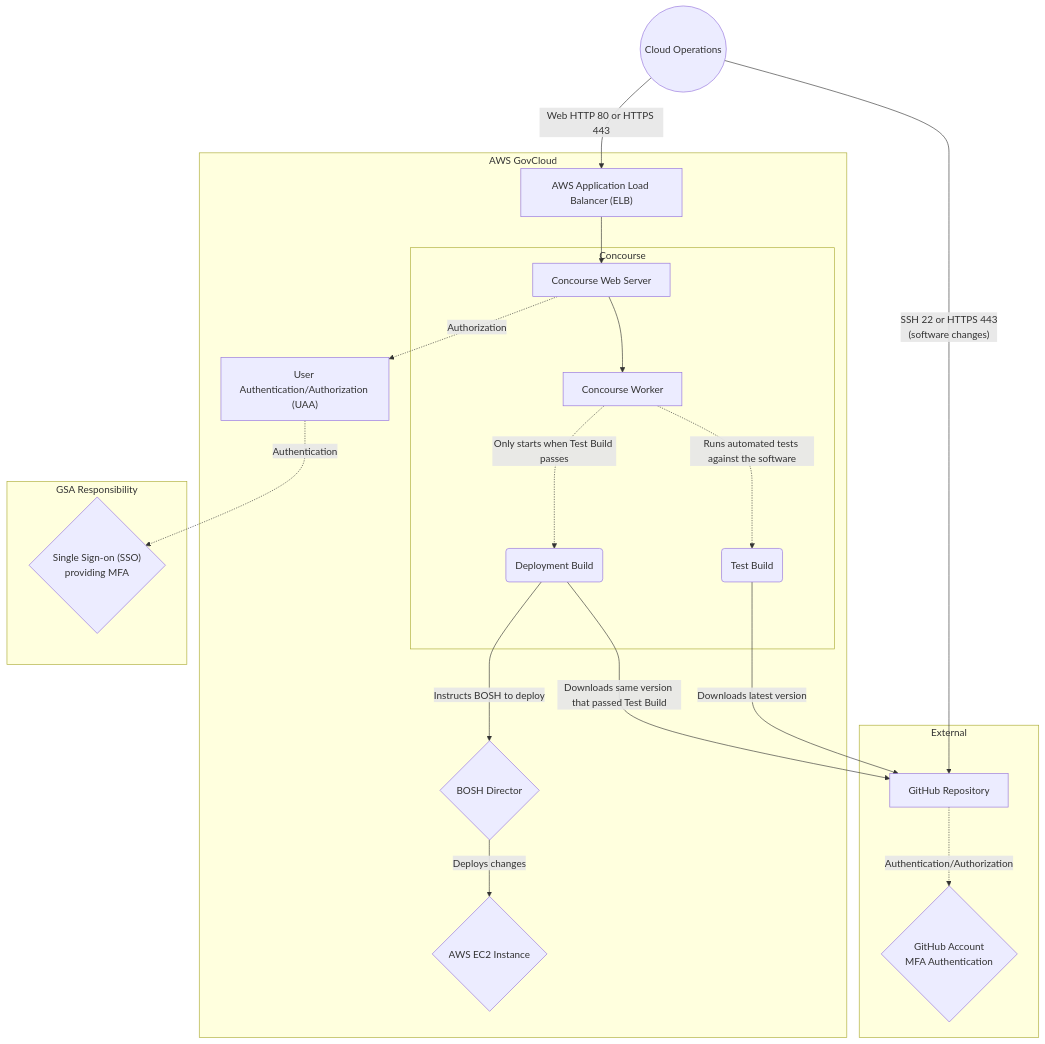
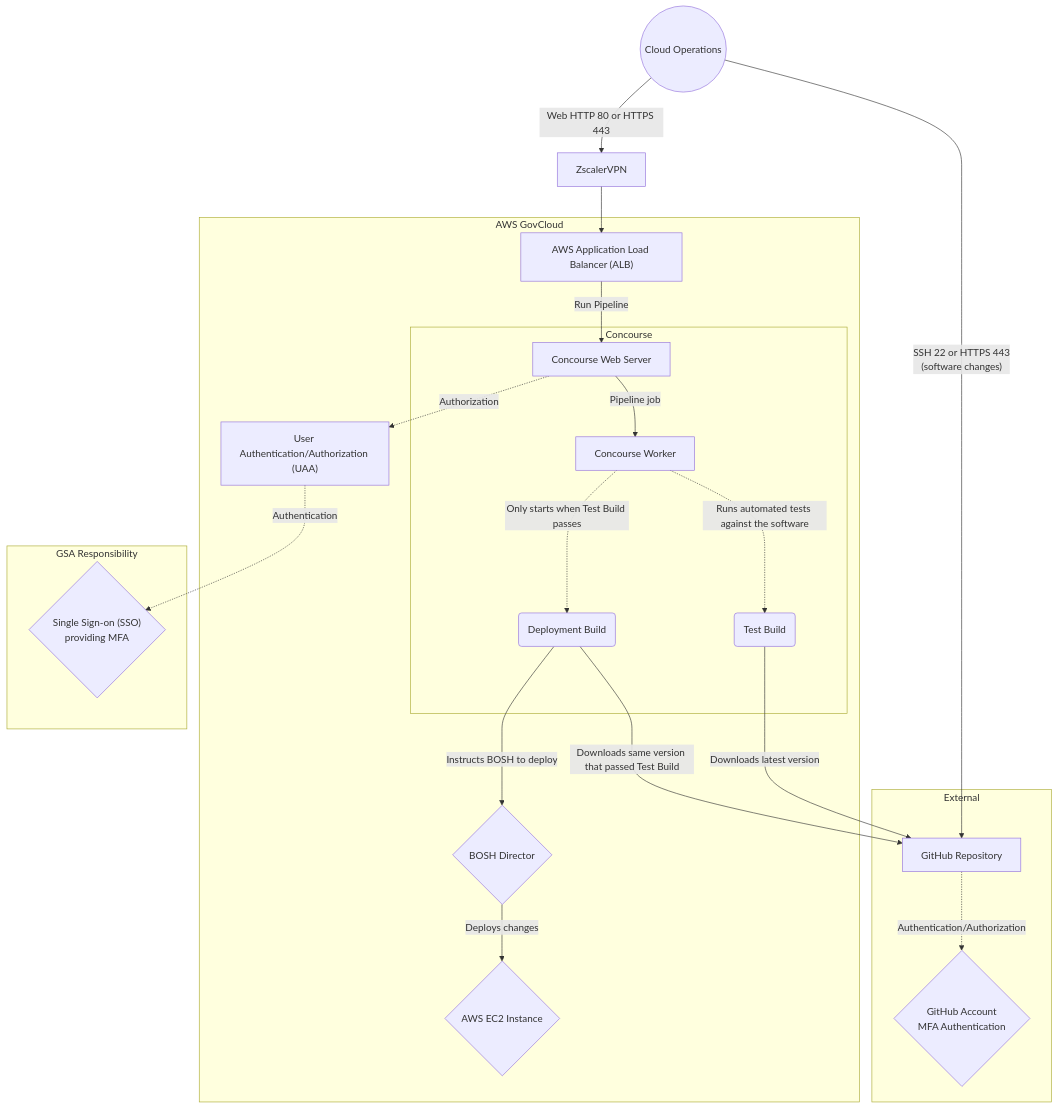
Before and after one commit to cloud-gov/system-diagrams: the diagram in source/diagrams/10-4.4-software-deployment.mmd, drawn with Mermaid.

Commit message:
added zscaler

```diff
--- a/source/diagrams/10-4.4-software-deployment.mmd
+++ b/source/diagrams/10-4.4-software-deployment.mmd
@@ -1,37 +1,38 @@
 %% title: 10-4.4 Software Deployment Data Flow
 %% description: Section 10 - System Environment - Figure 10-4.3 Software Deployment Data Flow
 graph TD
   subgraph AWS GovCloud
     subgraph Concourse
       web["Concourse Web Server"]
       worker["Concourse Worker"]
       test-job("Test Build")
       deploy-job("Deployment Build")
     end
-    alb["AWS Application Load Balancer (ELB)"]
+    alb["AWS Application Load Balancer (ALB)"]
     UAA["User Authentication/Authorization (UAA)"]
     bosh{"BOSH Director"}
     ec2{"AWS EC2 Instance"}
   end
   subgraph External
     github["GitHub Repository"]
     github-auth{"GitHub Account<br>MFA Authentication"}
   end
   subgraph GSA Responsibility
     SAML{"Single Sign-on (SSO)<br>providing MFA"}
   end
   Ops((Cloud Operations))
+  Zscaler["ZscalerVPN"]
 
   Ops--"SSH 22 or HTTPS 443<br>(software changes)"-->github
-  Ops--Web HTTP 80 or HTTPS 443-->alb
-  alb-->web
-  web-->worker
+  Ops--Web HTTP 80 or HTTPS 443-->Zscaler-->alb
+  alb--Run Pipeline-->web
+  web--Pipeline job-->worker
   web-.Authorization.->UAA
   UAA-.Authentication.->SAML
   github-."Authentication/Authorization".->github-auth
   worker-.Runs automated tests against the software.->test-job
   worker-."Only starts when Test Build passes".->deploy-job
   test-job--Downloads latest version-->github
   deploy-job--Downloads same version that passed Test Build-->github
   deploy-job--Instructs BOSH to deploy-->bosh
   bosh--Deploys changes-->ec2
```
